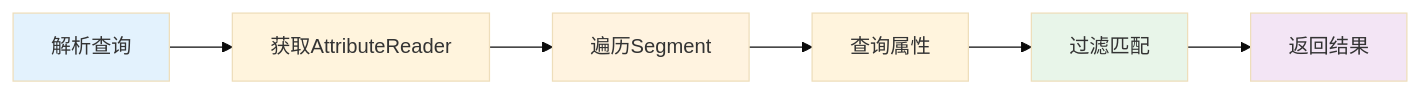
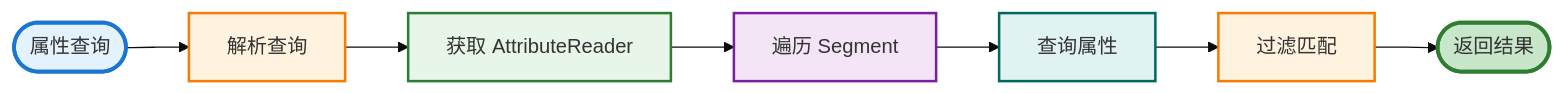
One commit to zhouzhilong-commits/zhouzhilong-commits.github.io changed diagram 25 of 25 in _posts/2025-06-11-indexlib-4-query-flow.md. Above: the diagram before and after it, drawn with Mermaid (base theme). The commit also changed other lines of this file and 10 other files, not shown here.

````diff
--- a/_posts/2025-06-11-indexlib-4-query-flow.md
+++ b/_posts/2025-06-11-indexlib-4-query-flow.md
@@ -1772,13 +1913,18 @@
 ```mermaid
-graph LR
-    A[解析查询] --> B[获取AttributeReader]
-    B --> C[遍历Segment]
-    C --> D[查询属性]
-    D --> E[过滤匹配]
-    E --> F[返回结果]
+flowchart LR
+    Start([属性查询]) --> A1[解析查询]
     
-    style A fill:#e3f2fd
-    style C fill:#fff3e0
-    style E fill:#e8f5e9
-    style F fill:#f3e5f5
+    A1 --> A2[获取 AttributeReader]
+    A2 --> A3[遍历 Segment]
+    A3 --> A4[查询属性]
+    A4 --> A5[过滤匹配]
+    A5 --> End([返回结果])
+    
+    style Start fill:#e3f2fd,stroke:#1976d2,stroke-width:3px
+    style A1 fill:#fff3e0,stroke:#f57c00,stroke-width:2px
+    style A2 fill:#e8f5e9,stroke:#2e7d32,stroke-width:2px
+    style A3 fill:#f3e5f5,stroke:#7b1fa2,stroke-width:2px
+    style A4 fill:#e0f2f1,stroke:#00695c,stroke-width:2px
+    style A5 fill:#fff3e0,stroke:#f57c00,stroke-width:2px
+    style End fill:#c8e6c9,stroke:#2e7d32,stroke-width:3px
 ```
````
